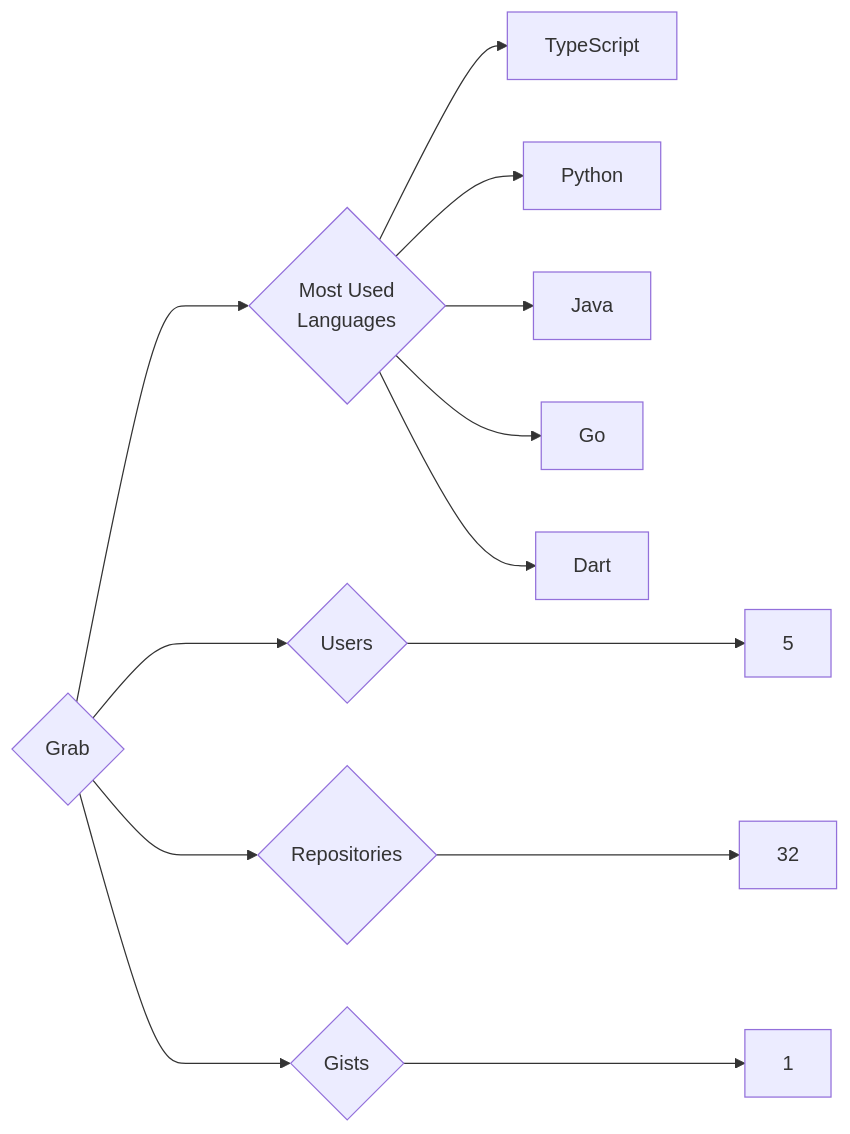
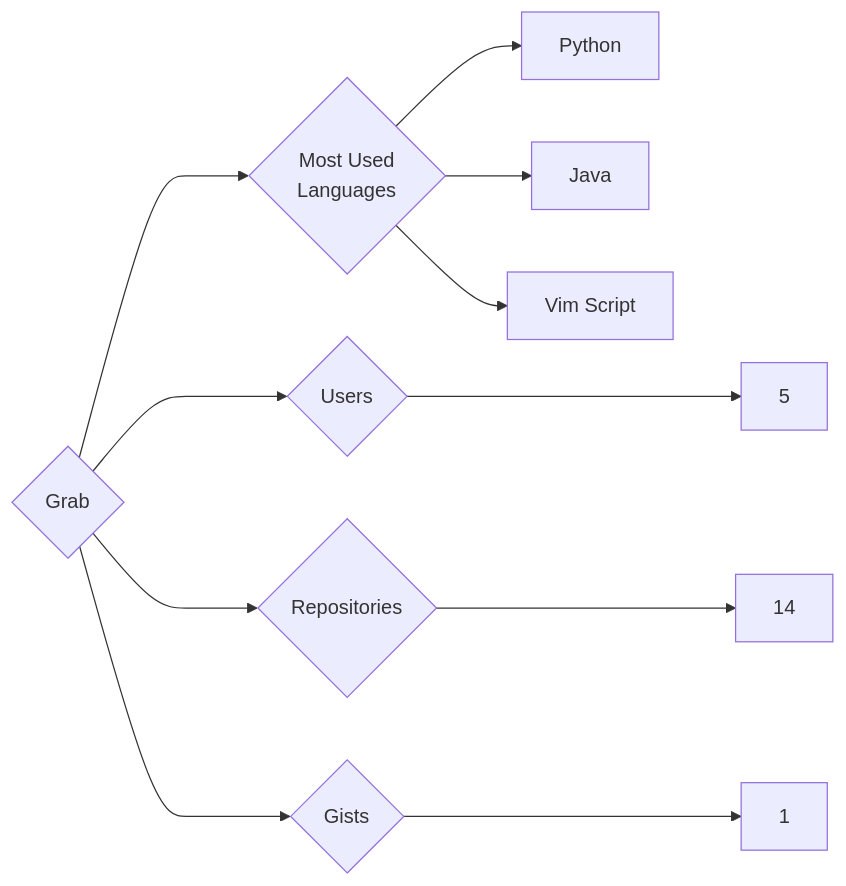
The diagram in targets/Grab/README.md (trickest/insiders), drawn with Mermaid before and after one commit. The commit also changed 1148 other files, not shown here.

````diff
--- a/targets/Grab/README.md
+++ b/targets/Grab/README.md
@@ -3,13 +3,11 @@
 ```mermaid
 graph LR
 COMPANY_NAME{Grab}
 COMPANY_NAME ---> U{Users} ---> UN[5]
-COMPANY_NAME ---> R{Repositories} ---> RN[32]
+COMPANY_NAME ---> R{Repositories} ---> RN[14]
 COMPANY_NAME ---> G{Gists} ---> GN[1]
 COMPANY_NAME ---> ML{Most Used<br>Languages}
-ML --> TypeScript[TypeScript]
 ML --> Python[Python]
 ML --> Java[Java]
-ML --> Go[Go]
-ML --> Dart[Dart]
+ML --> Vim_Script[Vim Script]
 ```
````
